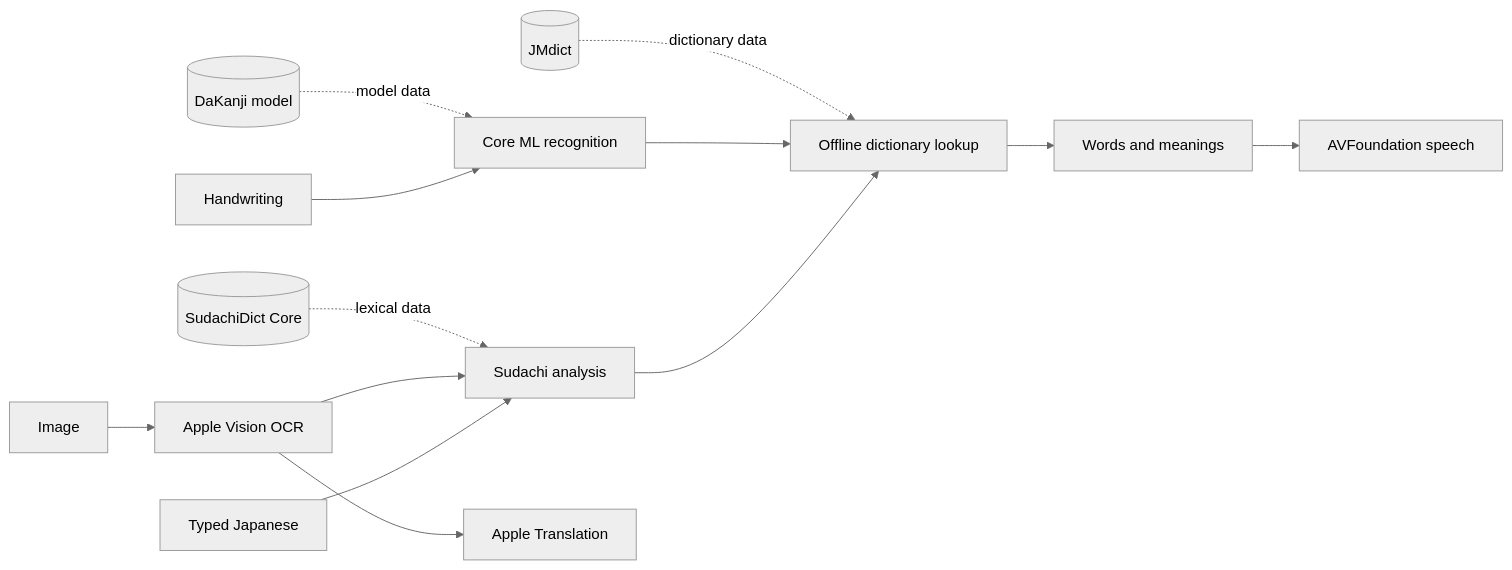
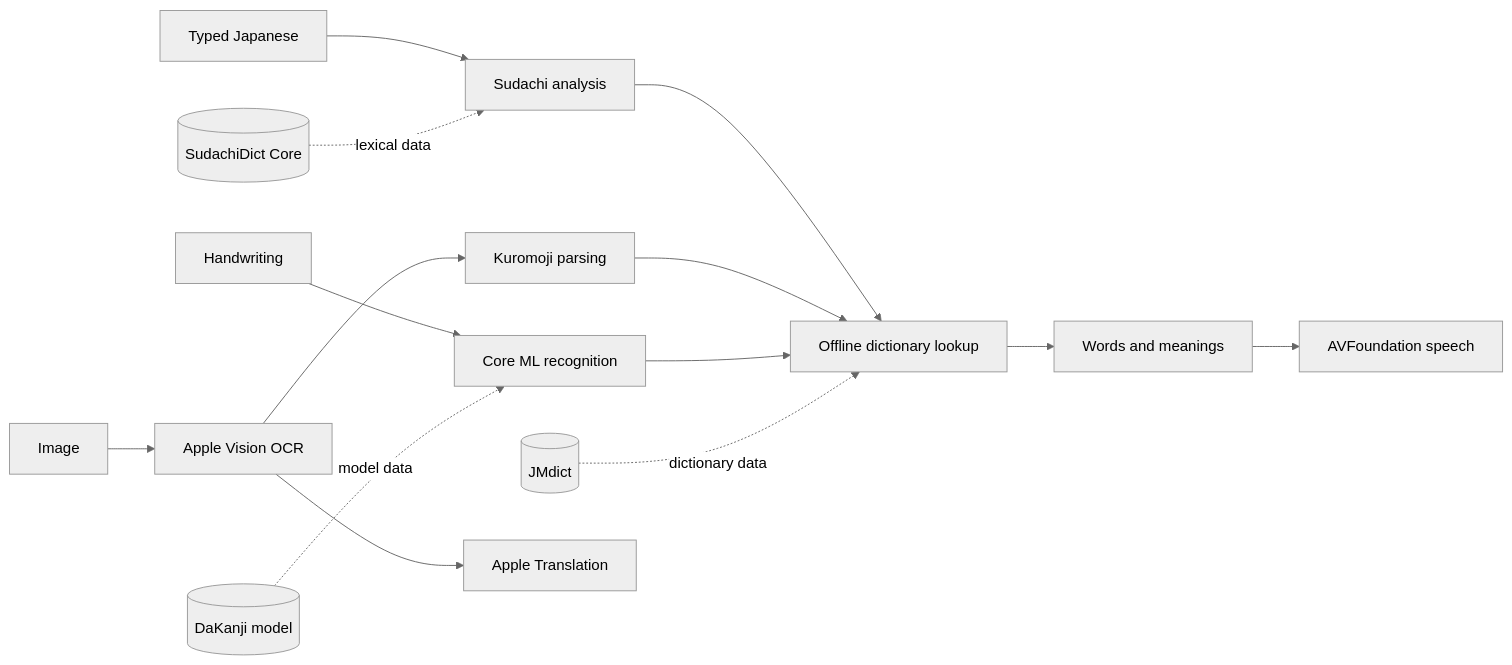
Before and after one commit to serpcompany/zenbujapanese-monorepo: the diagram in docs/technologies.md, drawn with Mermaid (neutral theme). The commit also changed other lines of this file and 28 other files, not shown here.

Commit message:
Prototype Kuromoji parsing for interactive text

````diff
--- a/docs/technologies.md
+++ b/docs/technologies.md
@@ -17,18 +17,19 @@
 ```mermaid
 flowchart LR
     Text["Typed Japanese"] --> Sudachi["Sudachi analysis"]
     Image["Image"] --> Vision["Apple Vision OCR"]
+    Vision --> Kuromoji["Kuromoji parsing"]
     Drawing["Handwriting"] --> CoreML["Core ML recognition"]
 
-    Vision --> Sudachi
     Sudachi --> Lookup["Offline dictionary lookup"]
+    Kuromoji --> Lookup
     CoreML --> Lookup
 
     SudachiDict[("SudachiDict Core")] -. lexical data .-> Sudachi
     JMdict[("JMdict")] -. dictionary data .-> Lookup
     DaKanji[("DaKanji model")] -. model data .-> CoreML
 
     Lookup --> Results["Words and meanings"]
     Vision --> Translation["Apple Translation"]
     Results --> Speech["AVFoundation speech"]
 ```
````
